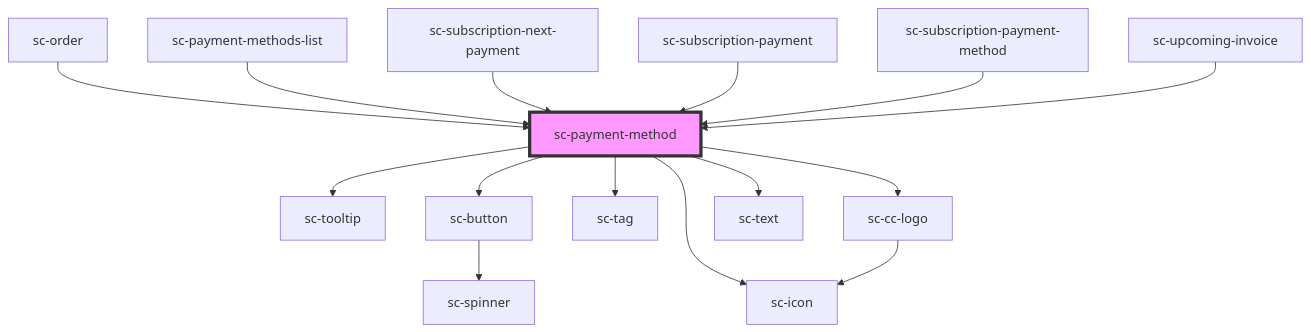
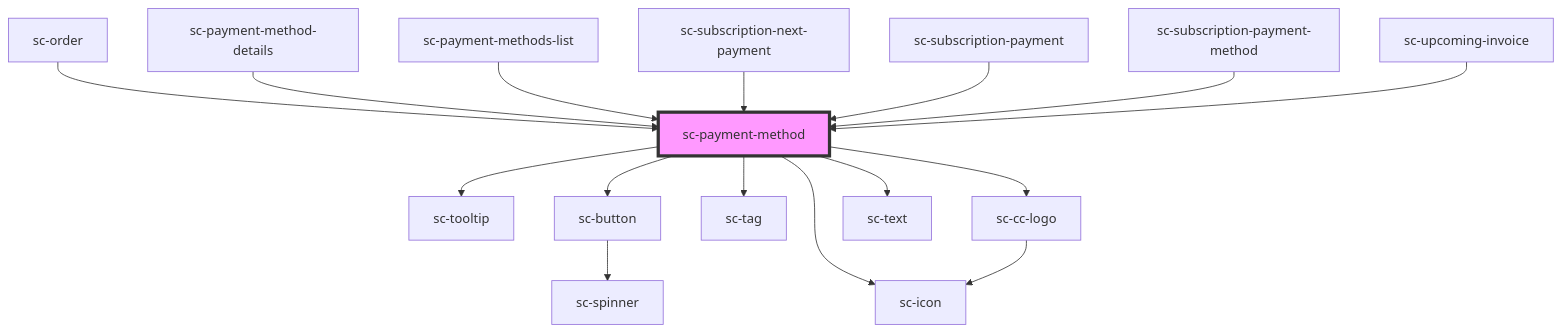
Before and after one commit to surecart/surecart-wp-plugin: the diagram in packages/components/src/components/ui/sc-payment-method/readme.md, drawn with Mermaid. The commit also changed other lines of this file and 15 other files, not shown here.

````diff
--- a/packages/components/src/components/ui/sc-payment-method/readme.md
+++ b/packages/components/src/components/ui/sc-payment-method/readme.md
@@ -49,18 +50,19 @@
 ```mermaid
 graph TD;
   sc-payment-method --> sc-tooltip
   sc-payment-method --> sc-button
   sc-payment-method --> sc-icon
   sc-payment-method --> sc-tag
   sc-payment-method --> sc-cc-logo
   sc-payment-method --> sc-text
   sc-button --> sc-spinner
   sc-cc-logo --> sc-icon
   sc-order --> sc-payment-method
+  sc-payment-method-details --> sc-payment-method
   sc-payment-methods-list --> sc-payment-method
   sc-subscription-next-payment --> sc-payment-method
   sc-subscription-payment --> sc-payment-method
   sc-subscription-payment-method --> sc-payment-method
   sc-upcoming-invoice --> sc-payment-method
   style sc-payment-method fill:#f9f,stroke:#333,stroke-width:4px
 ```
````
